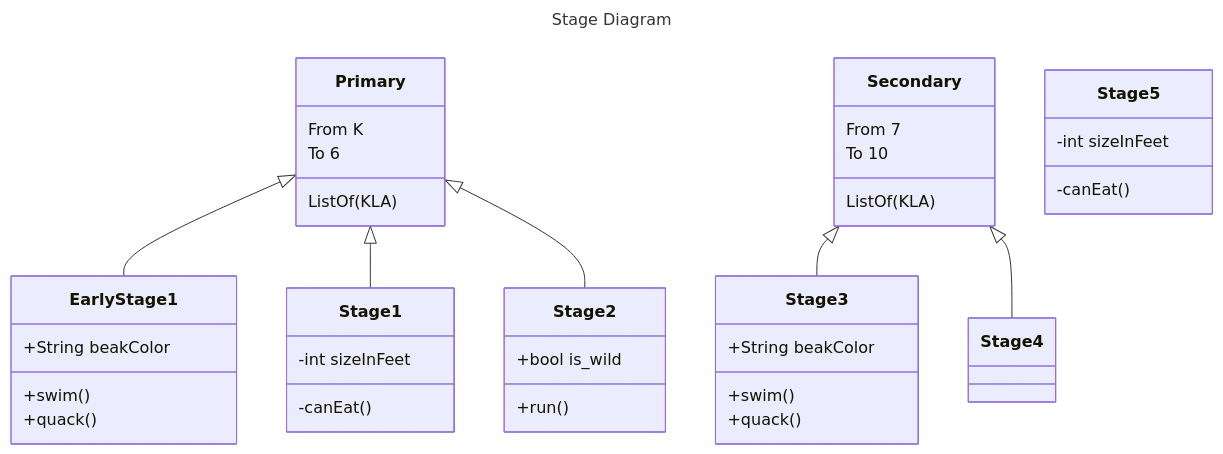
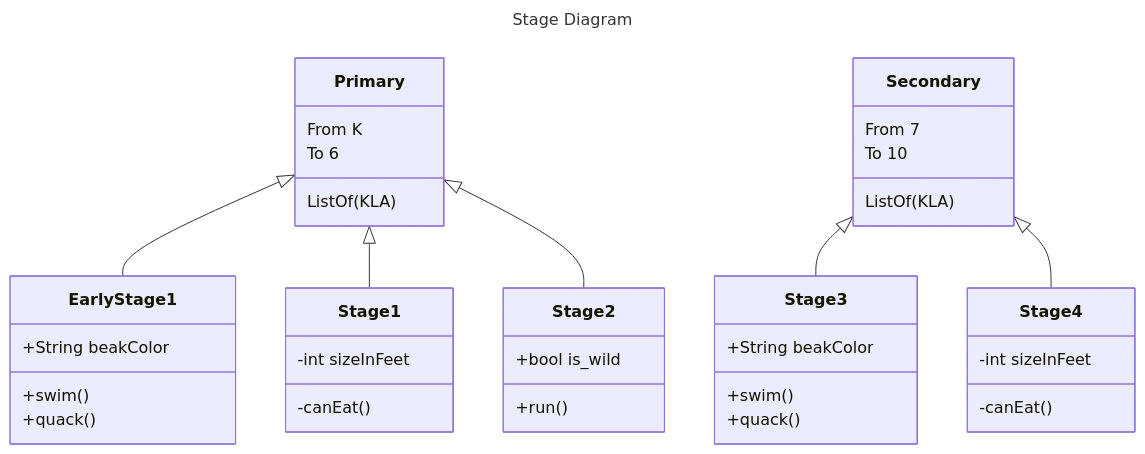
The diagram in README.md (librelab/gurukul), drawn with Mermaid before and after one commit.

````diff
--- a/README.md
+++ b/README.md
@@ -55,39 +55,39 @@
 ```mermaid
 ---
 title: Stage Diagram
 ---
 classDiagram
     Primary <|-- Early Stage1
     Primary <|-- Stage1
     Primary <|-- Stage2
     Primary : From K
     Primary : To 6
     Primary: ListOf(KLA)
     class Early Stage1{
       +String beakColor
       +swim()
       +quack()
     }
     class Stage1{
       -int sizeInFeet
       -canEat()
     }
     class Stage2{
       +bool is_wild
       +run()
     }	
 	Secondary <|-- Stage3
     Secondary <|-- Stage4
     Secondary : From 7
     Secondary : To 10
     Secondary: ListOf(KLA)
     class Stage3{
       +String beakColor
       +swim()
       +quack()
     }
-    class Stage5{
+    class Stage4{
       -int sizeInFeet
       -canEat()
     }
 ```
````
